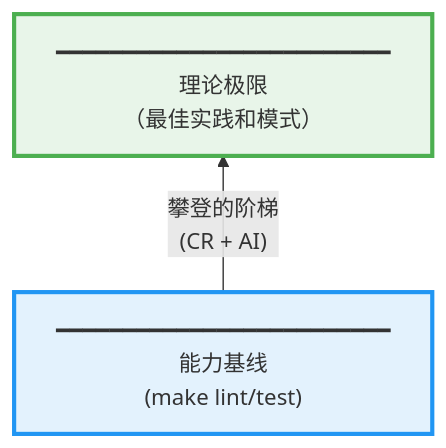
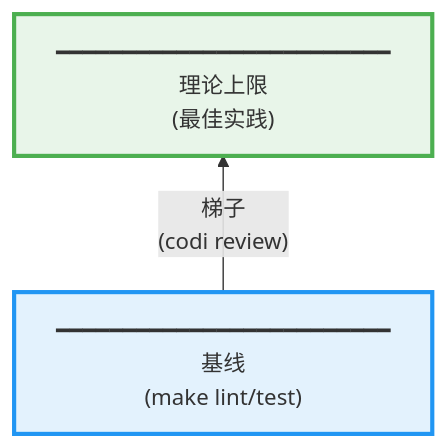
One commit to rakuv3r/codi changed the diagram in README.zh-CN.md. Above: the diagram before and after it, drawn with Mermaid. The commit also changed other lines of this file and 82 other files, not shown here.

````diff
--- a/README.zh-CN.md
+++ b/README.zh-CN.md
@@ -13,10 +28,10 @@
 ```mermaid
 graph BT
-    B["━━━━━━━━━━━━━━━━━━━━━━━━━<br/>能力基线<br/>(make lint/test)"]
-    A["━━━━━━━━━━━━━━━━━━━━━━━━━<br/>理论极限<br/>（最佳实践和模式）"] 
+    B["━━━━━━━━━━━━━━━━━━━━━━━━━<br/>基线<br/>(make lint/test)"]
+    A["━━━━━━━━━━━━━━━━━━━━━━━━━<br/>理论上限<br/>(最佳实践)"] 
     
-    B -->|"攀登的阶梯<br/>(CR + AI)"| A
+    B -->|"梯子<br/>(codi review)"| A
     
     style A fill:#e8f5e9,stroke:#4caf50,stroke-width:3px
     style B fill:#e3f2fd,stroke:#2196f3,stroke-width:3px
 ```
````
